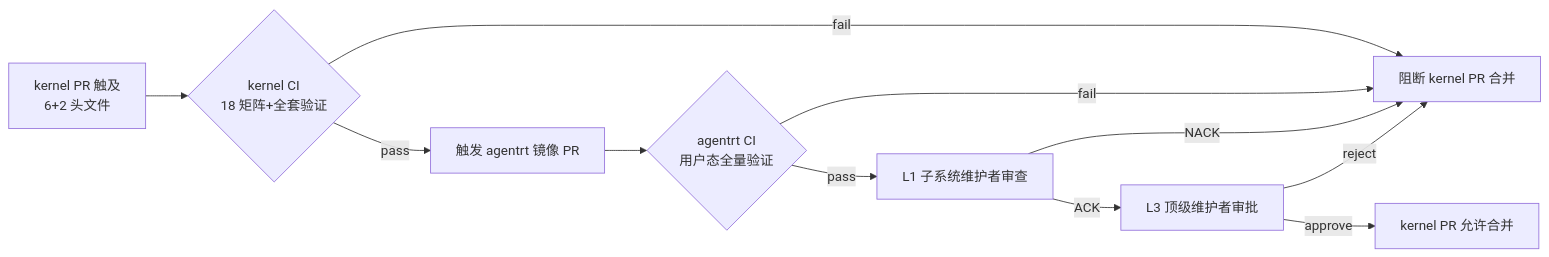
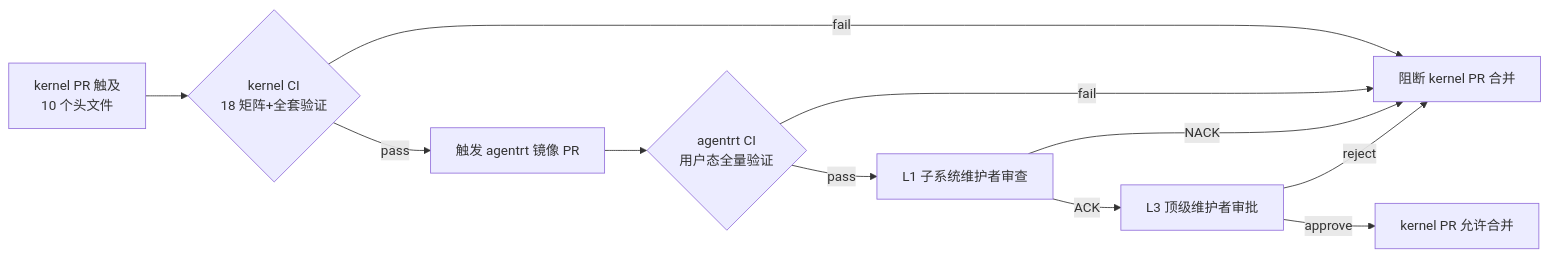
The diagram in AirymaxOS/70-build-system/03-ci-cd-pipeline.md (openairymax/docs), drawn with Mermaid before and after one commit. The commit also changed other lines of this file and 115 other files, not shown here.

````diff
--- a/AirymaxOS/70-build-system/03-ci-cd-pipeline.md
+++ b/AirymaxOS/70-build-system/03-ci-cd-pipeline.md
@@ -720,13 +718,13 @@
 ```mermaid
 flowchart LR
-    A[kernel PR 触及<br/>6+2 头文件] --> B{kernel CI<br/>18 矩阵+全套验证}
+    A[kernel PR 触及<br/>10 个头文件] --> B{kernel CI<br/>18 矩阵+全套验证}
     B -->|fail| Z[阻断 kernel PR 合并]
     B -->|pass| C[触发 agentrt 镜像 PR]
     C --> D{agentrt CI<br/>用户态全量验证}
     D -->|fail| Z
     D -->|pass| E[L1 子系统维护者审查]
     E -->|NACK| Z
     E -->|ACK| F[L3 顶级维护者审批]
     F -->|reject| Z
     F -->|approve| G[kernel PR 允许合并]
 ```
````
